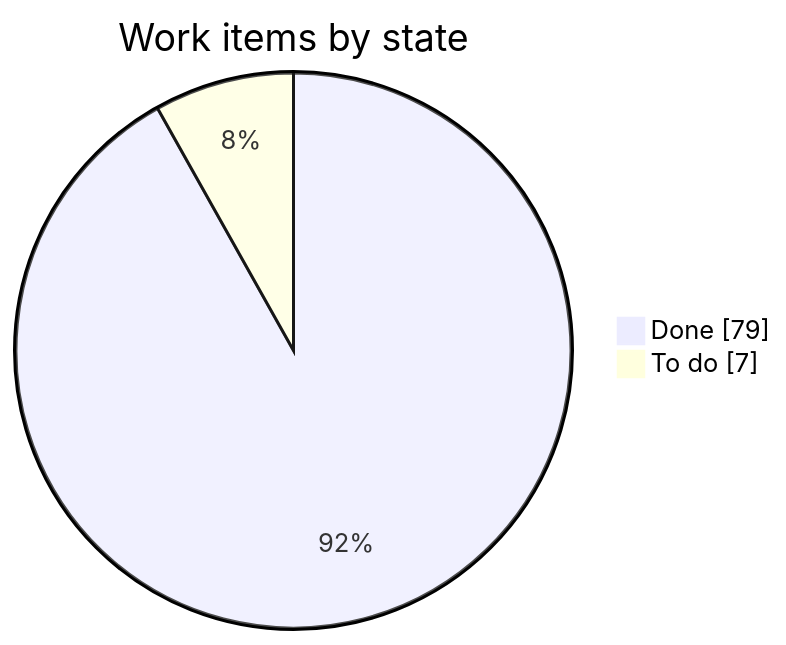
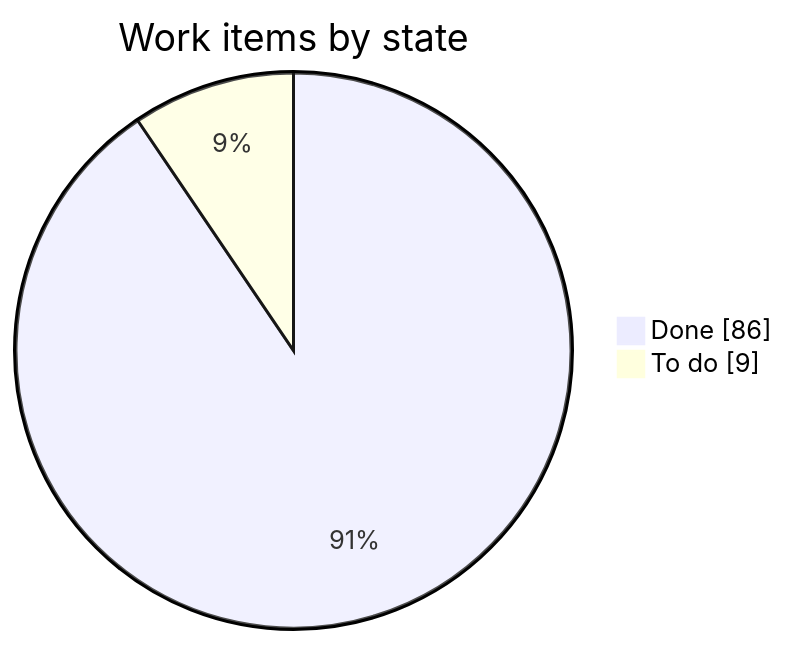
Before and after one commit to LoMagnette/ghost-light: the first of 2 diagrams in STATUS.md, drawn with Mermaid. The commit also changed other lines of this file and 1 other file, not shown here.

````diff
--- a/STATUS.md
+++ b/STATUS.md
@@ -38,6 +39,6 @@
 ```mermaid
 pie showData
     title Work items by state
-    "Done" : 79
-    "To do" : 7
+    "Done" : 86
+    "To do" : 9
 ```
````
